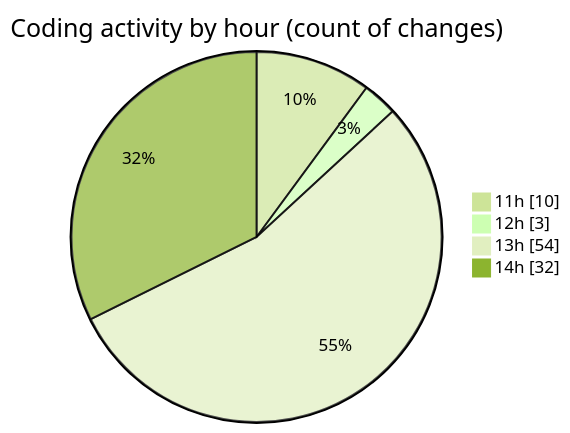
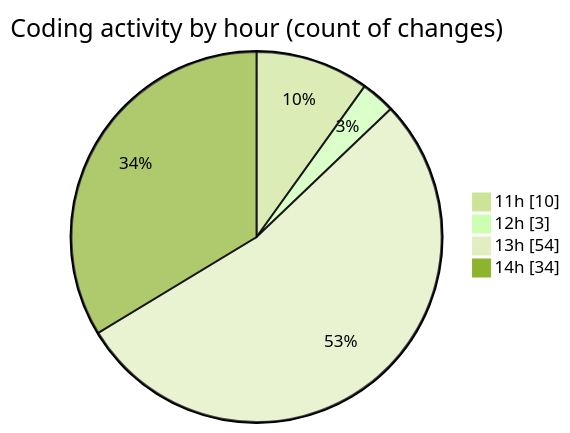
Before and after one commit to momahboobian/code-tracking: the second of 2 diagrams in 2025-02-14/cda/README.md, drawn with Mermaid (forest theme). The commit also changed other lines of this file and 1 other file, not shown here.

````diff
--- a/2025-02-14/cda/README.md
+++ b/2025-02-14/cda/README.md
@@ -34,8 +34,8 @@
 ```mermaid
 pie showData
 title Coding activity by hour (count of changes)
 "11h" : 10
 "12h" : 3
 "13h" : 54
-"14h" : 32
+"14h" : 34
 ```
````
